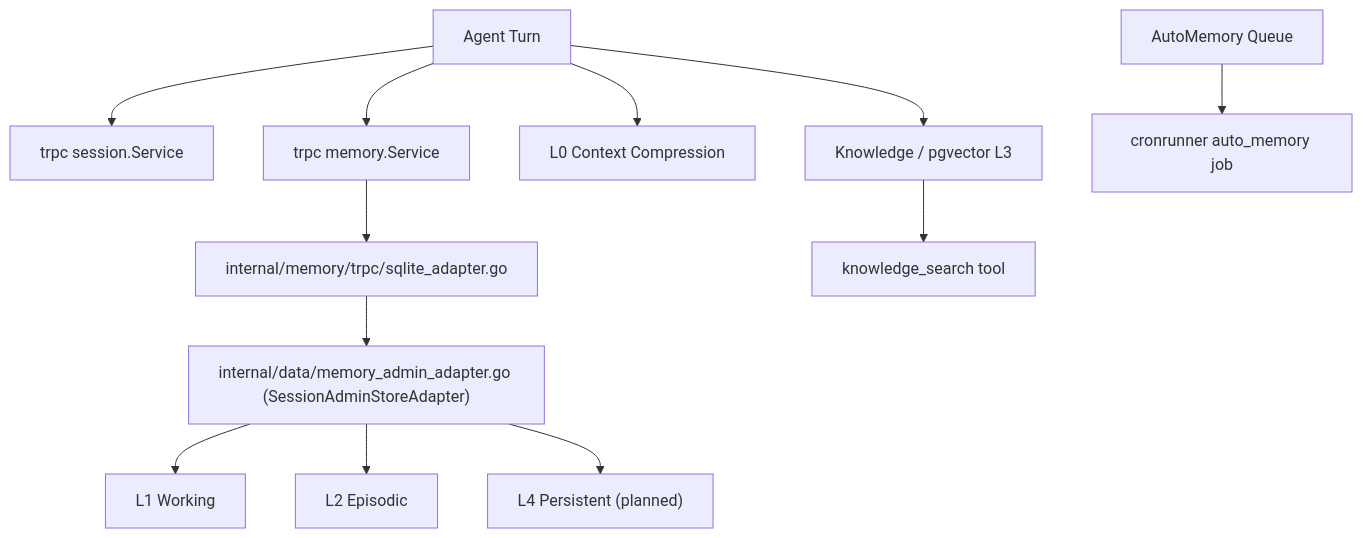
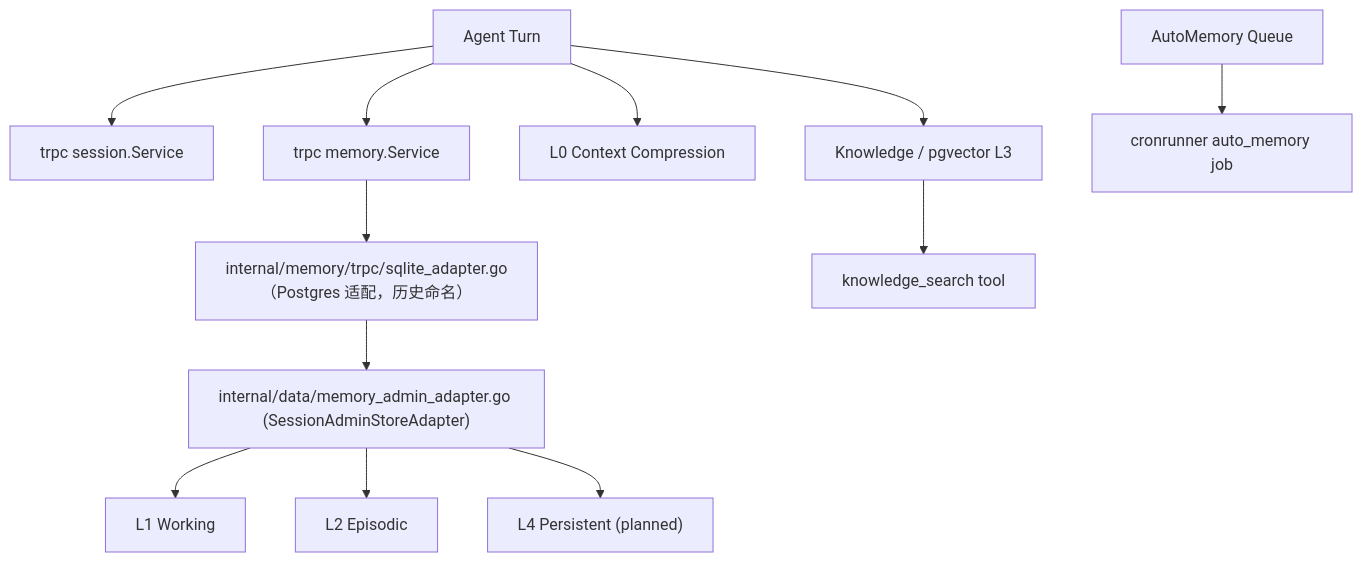
Before and after one commit to AmarsDing/aranea-agents: the seventh of 8 diagrams in docs/development/0-system-diagram.md, drawn with Mermaid. The commit also changed other lines of this file and 375 other files, not shown here.

````diff
--- a/docs/development/0-system-diagram.md
+++ b/docs/development/0-system-diagram.md
@@ -251,14 +251,14 @@
 ```mermaid
 flowchart TB
   Turn["Agent Turn"] --> Session["trpc session.Service"]
   Turn --> MemorySvc["trpc memory.Service"]
   Turn --> L0["L0 Context Compression"]
-  MemorySvc --> Adapter["internal/memory/trpc/sqlite_adapter.go"]
+  MemorySvc --> Adapter["internal/memory/trpc/sqlite_adapter.go（Postgres 适配，历史命名）"]
   Adapter --> Store["internal/data/memory_admin_adapter.go (SessionAdminStoreAdapter)"]
   Store --> L1["L1 Working"]
   Store --> L2["L2 Episodic"]
   Store --> L4["L4 Persistent (planned)"]
   Turn --> Knowledge["Knowledge / pgvector L3"]
   Knowledge --> Tool["knowledge_search tool"]
   Auto["AutoMemory Queue"] --> Cron["cronrunner auto_memory job"]
 ```
````
